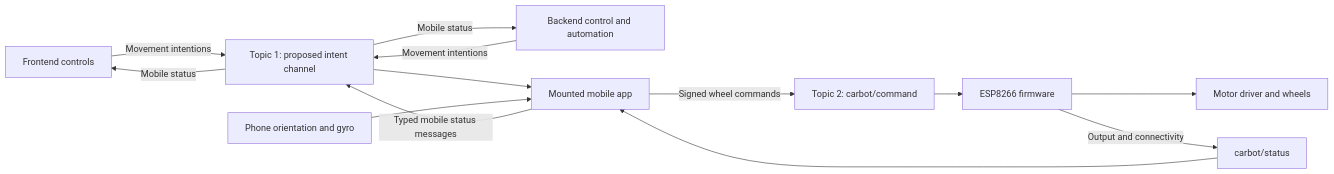
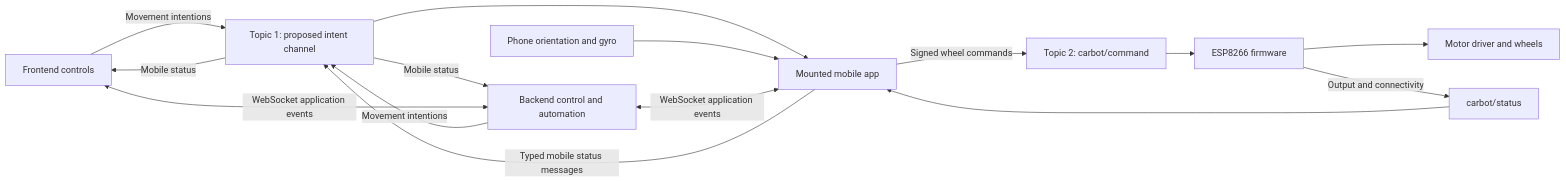
Before and after one commit to sahilchabra09/Teekhi_Nazaar: the diagram in docs/robot-operation.md, drawn with Mermaid. The commit also changed other lines of this file and 9 other files, not shown here.

Commit message:
docs: restore WebSocket application links alongside MQTT movement

````diff
--- a/docs/robot-operation.md
+++ b/docs/robot-operation.md
@@ -11,15 +11,17 @@
 ```mermaid
 flowchart LR
     F[Frontend controls] -->|Movement intentions| T1["Topic 1: proposed intent channel"]
     B[Backend control and automation] -->|Movement intentions| T1
     T1 --> M[Mounted mobile app]
     G[Phone orientation and gyro] --> M
     M -->|Signed wheel commands| T2["Topic 2: carbot/command"]
     T2 --> E[ESP8266 firmware]
     E --> D[Motor driver and wheels]
     E -->|Output and connectivity| S["carbot/status"]
     S --> M
     M -->|Typed mobile status messages| T1
     T1 -->|Mobile status| F
     T1 -->|Mobile status| B
+    F <-->|WebSocket application events| B
+    B <-->|WebSocket application events| M
 ```
````
